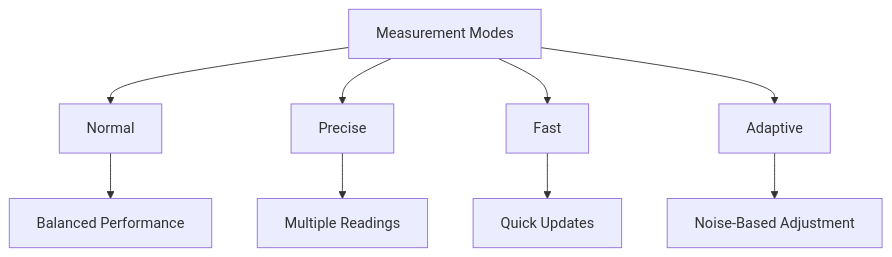
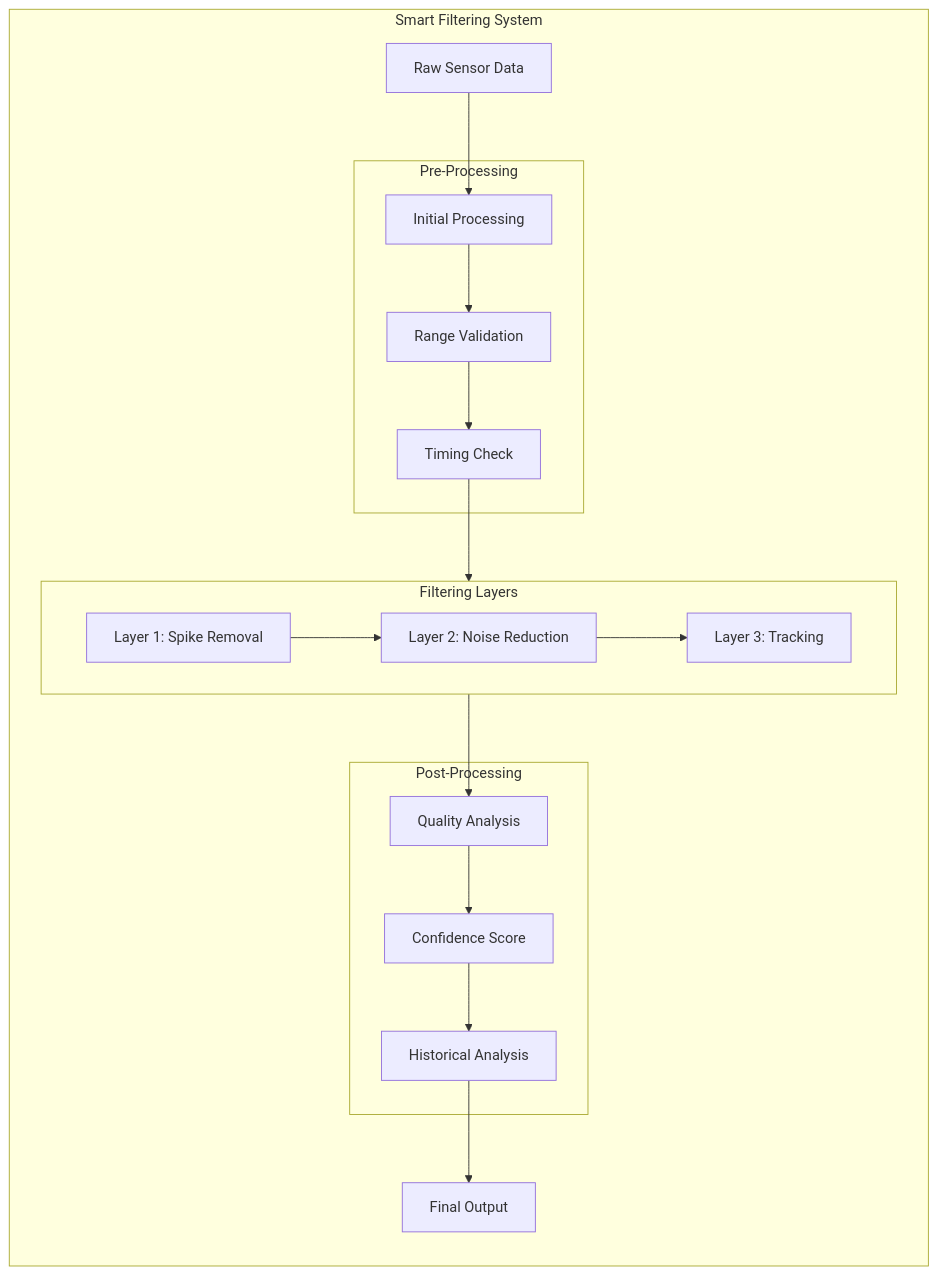
The fourth of 8 diagrams in README.md (khairul-me/SR04Advanced), drawn with Mermaid before and after one commit. The commit also changed other lines of this file, not shown here.

````diff
--- a/README.md
+++ b/README.md
@@ -93,12 +113,40 @@
 ```mermaid
-graph TD
-    A[Measurement Modes] --> B[Normal]
-    A --> C[Precise]
-    A --> D[Fast]
-    A --> E[Adaptive]
-    
-    B --> B1[Balanced Performance]
-    C --> C1[Multiple Readings]
-    D --> D1[Quick Updates]
-    E --> E1[Noise-Based Adjustment]
+flowchart TB
+    subgraph "Smart Filtering System"
+        direction TB
+        
+        Input[Raw Sensor Data] --> PreProcess
+        
+        subgraph "Pre-Processing"
+            PreProcess[Initial Processing]
+            Validate[Range Validation]
+            TimeCheck[Timing Check]
+            
+            PreProcess --> Validate
+            Validate --> TimeCheck
+        end
+        
+        subgraph "Filtering Layers"
+            direction LR
+            L1[Layer 1: Spike Removal]
+            L2[Layer 2: Noise Reduction]
+            L3[Layer 3: Tracking]
+            
+            TimeCheck --> L1
+            L1 --> L2
+            L2 --> L3
+        end
+        
+        subgraph "Post-Processing"
+            Quality[Quality Analysis]
+            Confidence[Confidence Score]
+            History[Historical Analysis]
+            
+            L3 --> Quality
+            Quality --> Confidence
+            Confidence --> History
+        end
+        
+        History --> Output[Final Output]
+    end
 ```
````
